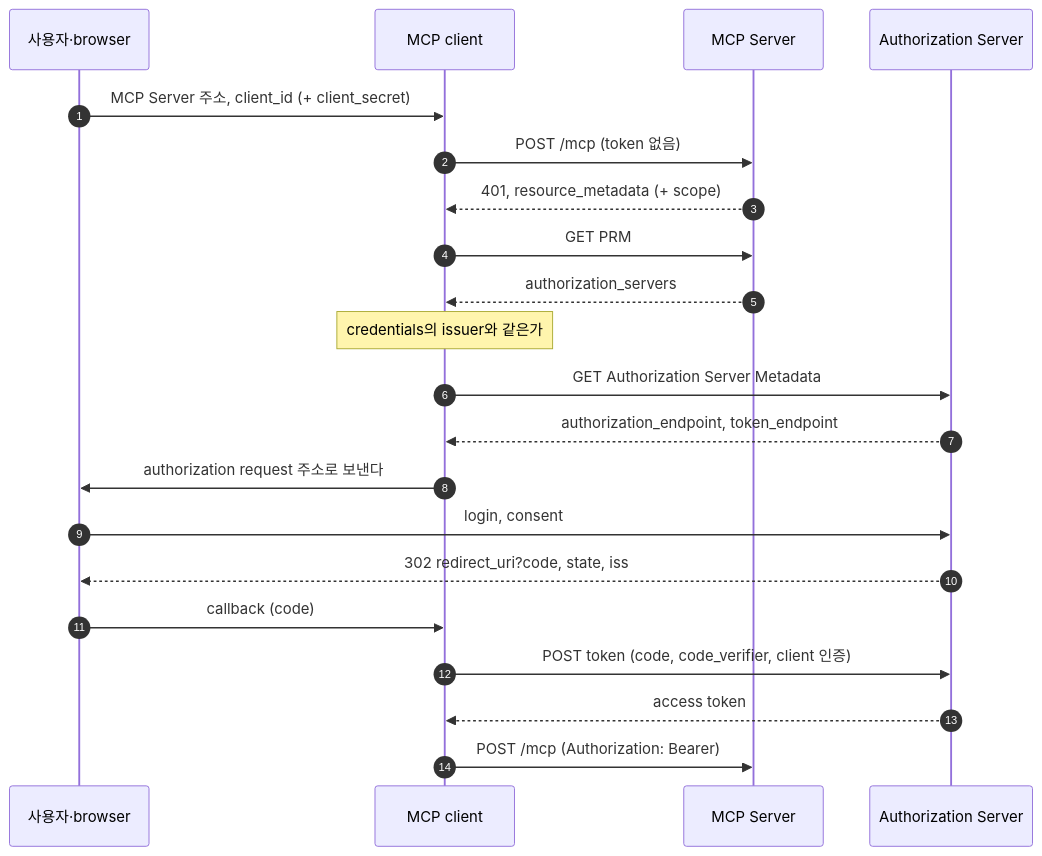
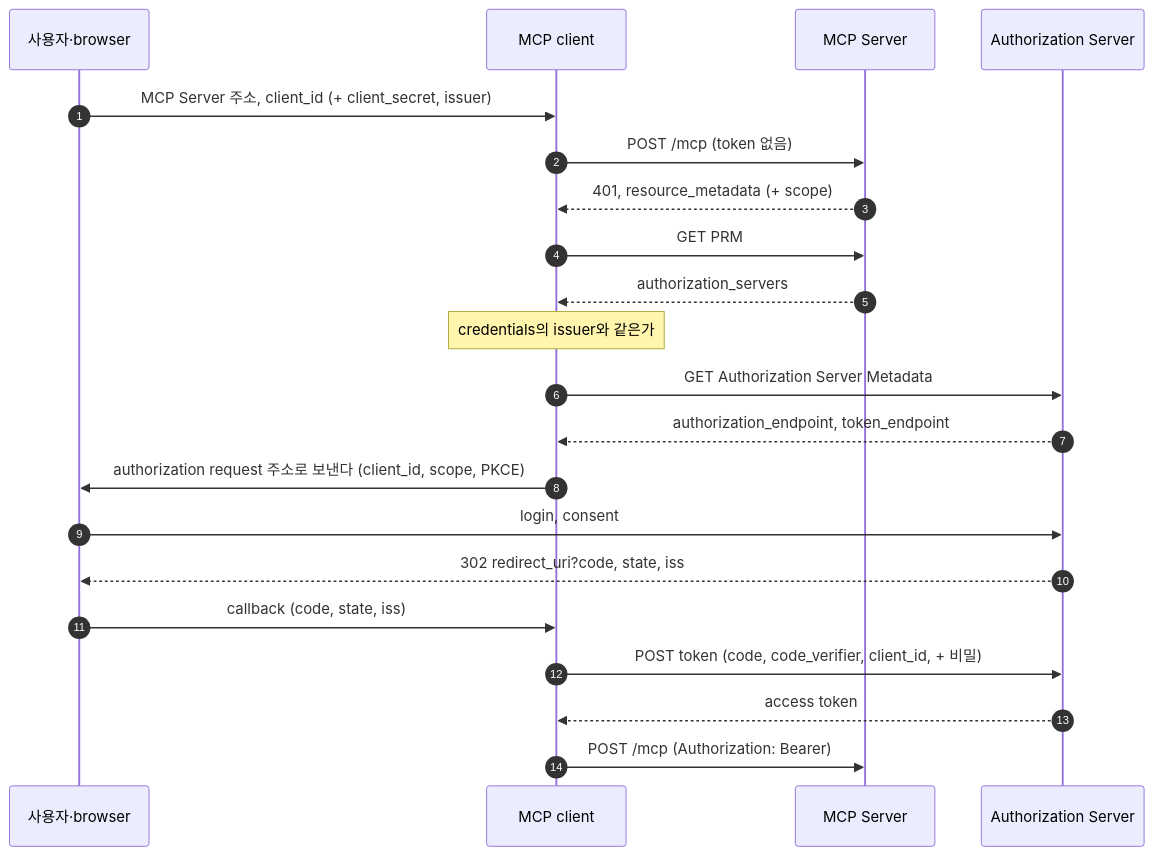
The third of 3 diagrams in practice/mcp-guide/04-client-registration.md (starryeye/spring-ai), drawn with Mermaid before and after one commit. The commit also changed other lines of this file and 4 other files, not shown here.

Commit message:
docs(guide): 4.8을 리뷰대로 고친다 — issuer 입력, 사용자 입력 방식과의 구분, PKCE 설명

````diff
--- a/practice/mcp-guide/04-client-registration.md
+++ b/practice/mcp-guide/04-client-registration.md
@@ -312,23 +318,23 @@
 ```mermaid
 sequenceDiagram
     autonumber
     participant U as 사용자·browser
     participant C as MCP client
     participant M as MCP Server
     participant A as Authorization Server
-    U->>C: MCP Server 주소, client_id (+ client_secret)
+    U->>C: MCP Server 주소, client_id (+ client_secret, issuer)
     C->>M: POST /mcp (token 없음)
     M-->>C: 401, resource_metadata (+ scope)
     C->>M: GET PRM
     M-->>C: authorization_servers
     Note over C: credentials의 issuer와 같은가
     C->>A: GET Authorization Server Metadata
     A-->>C: authorization_endpoint, token_endpoint
-    C->>U: authorization request 주소로 보낸다
+    C->>U: authorization request 주소로 보낸다 (client_id, scope, PKCE)
     U->>A: login, consent
     A-->>U: 302 redirect_uri?code, state, iss
-    U->>C: callback (code)
-    C->>A: POST token (code, code_verifier, client 인증)
+    U->>C: callback (code, state, iss)
+    C->>A: POST token (code, code_verifier, client_id, + 비밀)
     A-->>C: access token
     C->>M: POST /mcp (Authorization: Bearer)
 ```
````
